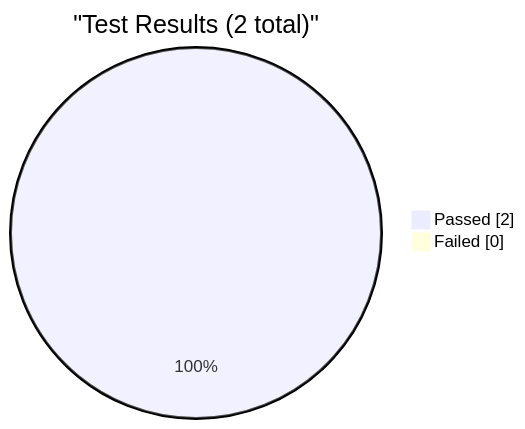
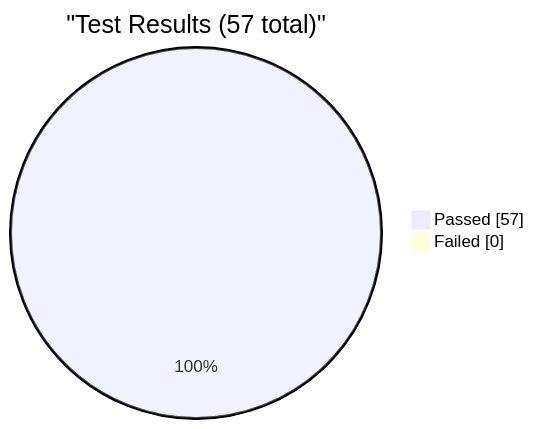
One commit to EliteaAI/onetest-ai-tm-Elitea changed the first of 4 diagrams in reports/dashboard.md. Above: the diagram before and after it, drawn with Mermaid. The commit also changed other lines of this file and 1 other file, not shown here.

Commit message:
dashboard: update test metrics for RUN-ELITEA-2026-10-15-273-DEV-PIPELINES_2-PASSED

````diff
--- a/reports/dashboard.md
+++ b/reports/dashboard.md
@@ -9,6 +9,6 @@
 ```mermaid
 pie showData
-    title "Test Results (2 total)"
-    "Passed" : 2
+    title "Test Results (57 total)"
+    "Passed" : 57
     "Failed" : 0
 ```
````
